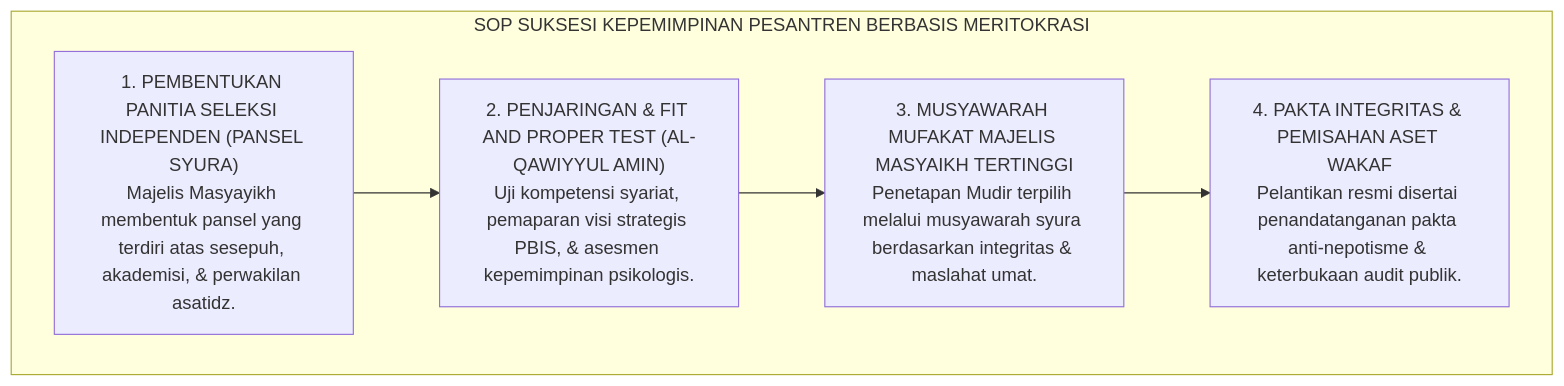
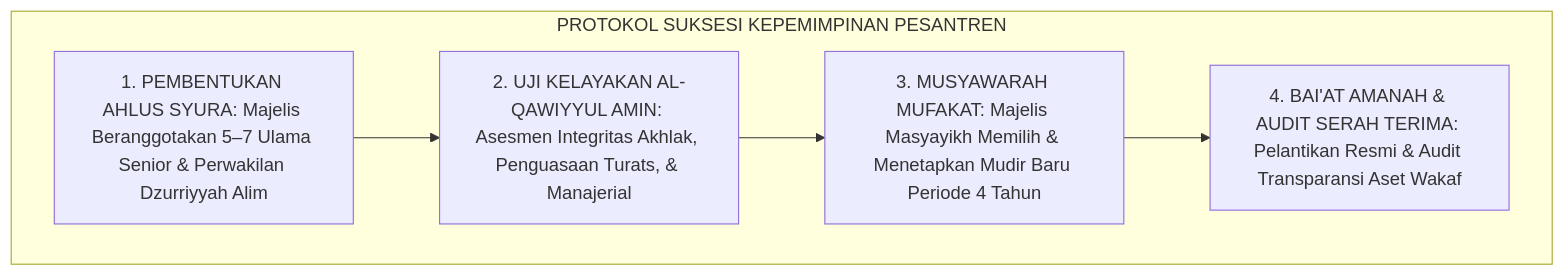
One commit to wandiapriliyandi/tumbuh changed the fourth of 5 diagrams in 01 Philosophy/05 Leadership/P1-05-05-Kritik-Oligarki-dan-Dinasti-Kepemimpinan-Pesantren.md. Above: the diagram before and after it, drawn with Mermaid. The commit also changed other lines of this file and 7 other files, not shown here.

````diff
--- a/01 Philosophy/05 Leadership/P1-05-05-Kritik-Oligarki-dan-Dinasti-Kepemimpinan-Pesantren.md
+++ b/01 Philosophy/05 Leadership/P1-05-05-Kritik-Oligarki-dan-Dinasti-Kepemimpinan-Pesantren.md
@@ -192,14 +165,9 @@
 ```mermaid
 flowchart TD
-    subgraph SOPSuksesiMeritokrasiTUMBUH["SOP SUKSESI KEPEMIMPINAN PESANTREN BERBASIS MERITOKRASI"]
-        Tahap1["1. PEMBENTUKAN PANITIA SELEKSI INDEPENDEN (PANSEL SYURA)<br/>Majelis Masyayikh membentuk pansel yang terdiri atas sesepuh, akademisi, & perwakilan asatidz."]
-        
-        Tahap2["2. PENJARINGAN & FIT AND PROPER TEST (AL-QAWIYYUL AMIN)<br/>Uji kompetensi syariat, pemaparan visi strategis PBIS, & asesmen kepemimpinan psikologis."]
-        
-        Tahap3["3. MUSYAWARAH MUFAKAT MAJELIS MASYAIKH TERTINGGI<br/>Penetapan Mudir terpilih melalui musyawarah syura berdasarkan integritas & maslahat umat."]
-        
-        Tahap4["4. PAKTA INTEGRITAS & PEMISAHAN ASET WAKAF<br/>Pelantikan resmi disertai penandatanganan pakta anti-nepotisme & keterbukaan audit publik."]
-        
-        Tahap1 --> Tahap2 --> Tahap3 --> Tahap4
+    subgraph ProtokolSuksesiKepemimpinan["PROTOKOL SUKSESI KEPEMIMPINAN PESANTREN"]
+        PembentukanFormatur["1. PEMBENTUKAN AHLUS SYURA: Majelis Beranggotakan 5–7 Ulama Senior & Perwakilan Dzurriyyah Alim"]
+        --> UjiKriteria["2. UJI KELAYAKAN AL-QAWIYYUL AMIN: Asesmen Integritas Akhlak, Penguasaan Turats, & Manajerial"]
+        --> MusyawarahMufakat["3. MUSYAWARAH MUFAKAT: Majelis Masyayikh Memilih & Menetapkan Mudir Baru Periode 4 Tahun"]
+        --> BaiatAmanah["4. BAI'AT AMANAH & AUDIT SERAH TERIMA: Pelantikan Resmi & Audit Transparansi Aset Wakaf"]
     end
 ```
````
